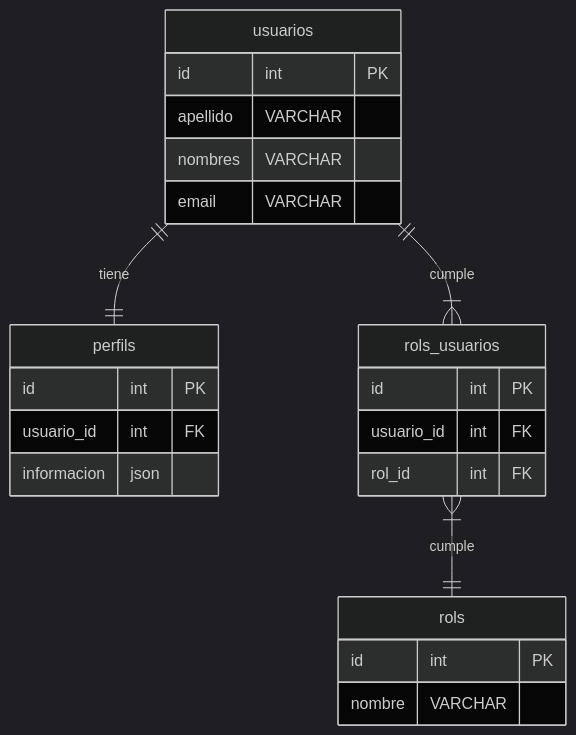
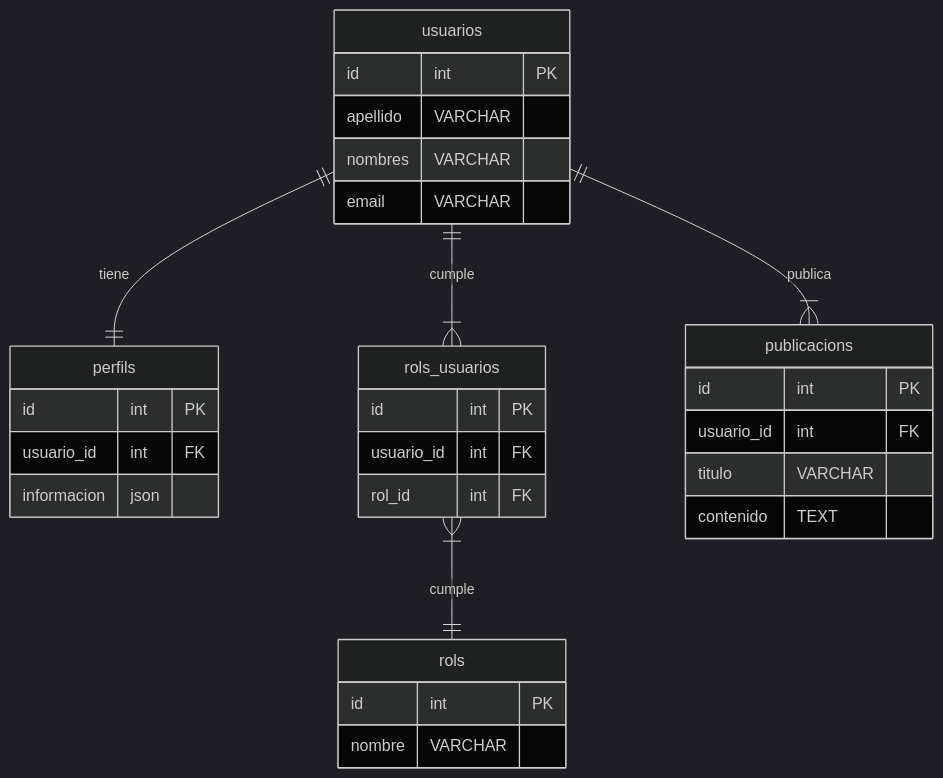
The second of 5 diagrams in migrations.md (eormeno/dbacki_2024), drawn with Mermaid (dark theme) before and after one commit. The commit also changed other lines of this file, not shown here.

````diff
--- a/migrations.md
+++ b/migrations.md
@@ -88,26 +88,33 @@
 ```mermaid
 erDiagram
     usuarios ||--|| perfils : tiene
     usuarios ||--|{ rols_usuarios : cumple
+    usuarios ||--|{ publicacions : publica
     rols_usuarios }|--|| rols : cumple
     usuarios {
         id int PK
         apellido VARCHAR
         nombres VARCHAR
         email VARCHAR
     }
     perfils {
         id int PK
         usuario_id int FK
         informacion json
     }
     rols {
         id int PK
         nombre VARCHAR
     }
     rols_usuarios {
         id int PK
         usuario_id int FK
         rol_id int FK
     }
+    publicacions {
+        id int PK
+        usuario_id int FK
+        titulo VARCHAR
+        contenido TEXT
+    }
 ```
````
